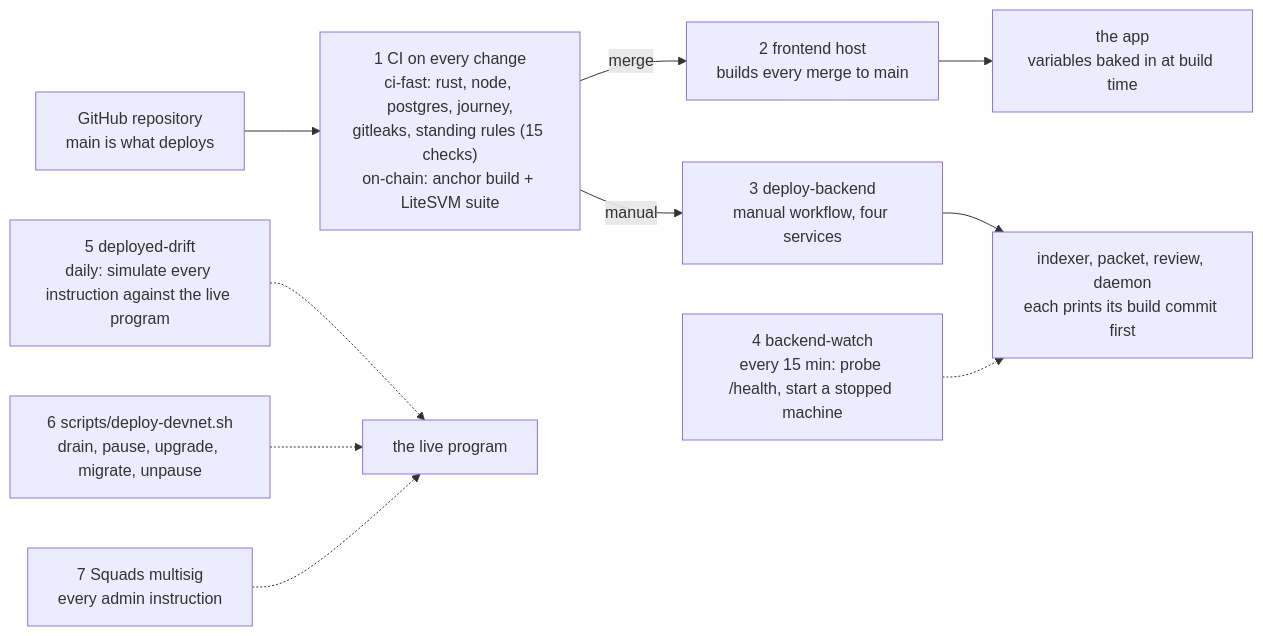
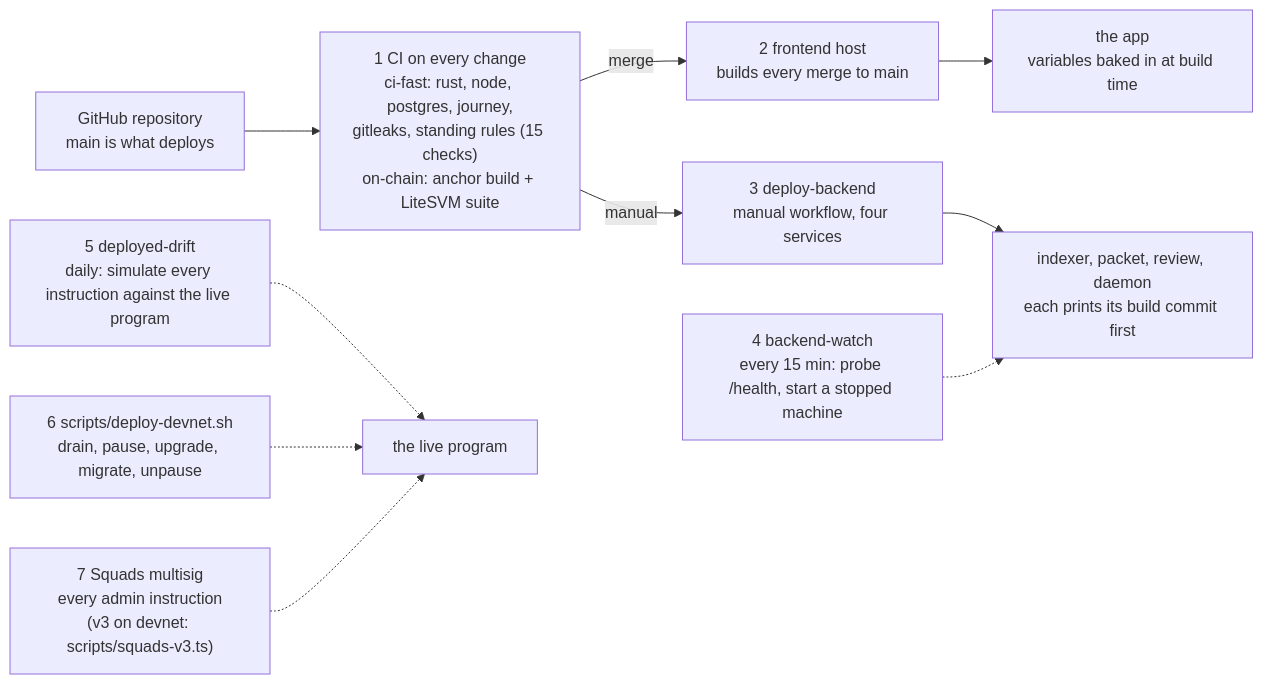
Before and after one commit to tomtblock/blotto: the seventh of 7 diagrams in docs/architecture/DIAGRAMS.md, drawn with Mermaid. The commit also changed other lines of this file and 16 other files, not shown here.

````diff
--- a/docs/architecture/DIAGRAMS.md
+++ b/docs/architecture/DIAGRAMS.md
@@ -374,21 +394,21 @@
 ```mermaid
 flowchart LR
   GH["GitHub repository<br/>main is what deploys"]
   CI["1 CI on every change<br/>ci-fast: rust, node, postgres, journey,<br/>gitleaks, standing rules (15 checks)<br/>on-chain: anchor build + LiteSVM suite"]
   HOST["2 frontend host<br/>builds every merge to main"]
   APP["the app<br/>variables baked in at build time"]
   DEPLOY["3 deploy-backend<br/>manual workflow, four services"]
   SVC["indexer, packet, review, daemon<br/>each prints its build commit first"]
   WATCH["4 backend-watch<br/>every 15 min: probe /health, start a stopped machine"]
   DRIFT["5 deployed-drift<br/>daily: simulate every instruction against the live program"]
   UPGRADE["6 scripts/deploy-devnet.sh<br/>drain, pause, upgrade, migrate, unpause"]
-  SQUADS["7 Squads multisig<br/>every admin instruction"]
+  SQUADS["7 Squads multisig<br/>every admin instruction<br/>(v3 on devnet: scripts/squads-v3.ts)"]
   PROG["the live program"]
   GH --> CI
   CI -- "merge" --> HOST --> APP
   CI -- "manual" --> DEPLOY --> SVC
   WATCH -.-> SVC
   DRIFT -.-> PROG
   UPGRADE -.-> PROG
   SQUADS -.-> PROG
 ```
````
